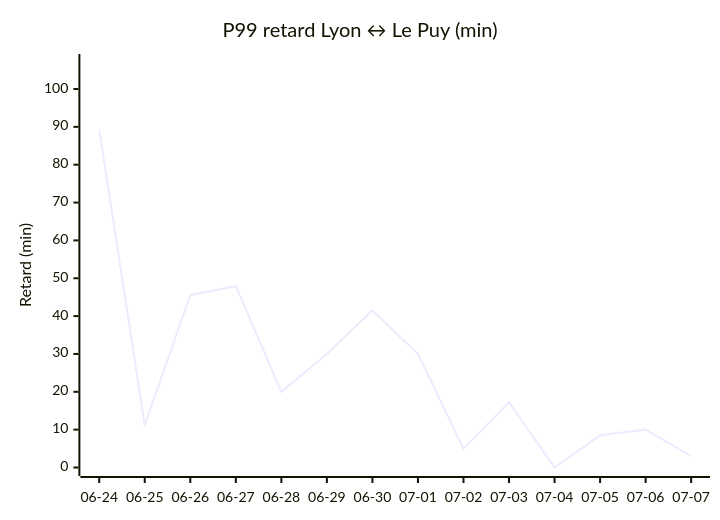
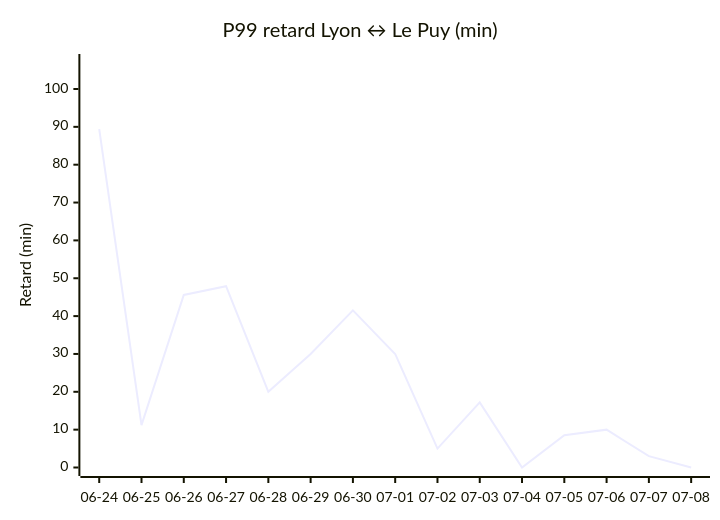
The fourth of 4 diagrams in STATS.md (antoinerep/horaire-ter), drawn with Mermaid before and after one commit. The commit also changed other lines of this file and 1 other file, not shown here.

````diff
--- a/STATS.md
+++ b/STATS.md
@@ -96,7 +97,7 @@
 ```mermaid
 xychart-beta
     title "P99 retard Lyon ↔ Le Puy (min)"
-    x-axis ["06-24", "06-25", "06-26", "06-27", "06-28", "06-29", "06-30", "07-01", "07-02", "07-03", "07-04", "07-05", "07-06", "07-07"]
+    x-axis ["06-24", "06-25", "06-26", "06-27", "06-28", "06-29", "06-30", "07-01", "07-02", "07-03", "07-04", "07-05", "07-06", "07-07", "07-08"]
     y-axis "Retard (min)" 0 --> 107
-    line [89.4, 11.2, 45.6, 47.9, 20.0, 30.0, 41.5, 30.0, 5.0, 17.2, 0.0, 8.5, 10.0, 3.0]
+    line [89.4, 11.2, 45.6, 47.9, 20.0, 30.0, 41.5, 30.0, 5.0, 17.2, 0.0, 8.5, 10.0, 3.0, 0.0]
 ```
````
